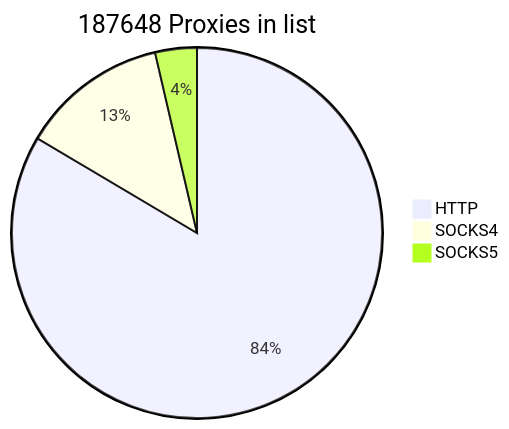
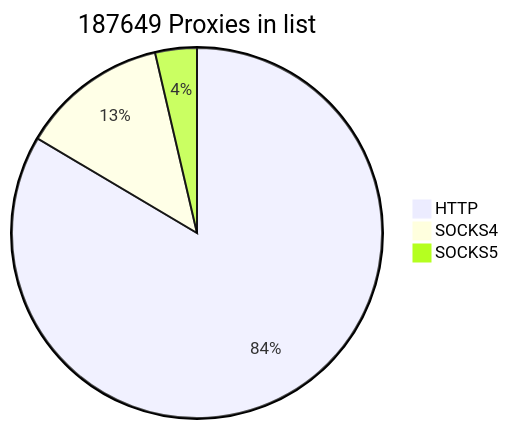
The first of 2 diagrams in README.md (cutipu/proxylist), drawn with Mermaid before and after one commit. The commit also changed other lines of this file, not shown here.

````diff
--- a/README.md
+++ b/README.md
@@ -2,7 +2,7 @@
 ```mermaid
-pie title 187648 Proxies in list
+pie title 187649 Proxies in list
     "HTTP" : 156705
-    "SOCKS4" : 24111
+    "SOCKS4" : 24112
     "SOCKS5" : 6832
             
 ```
````
